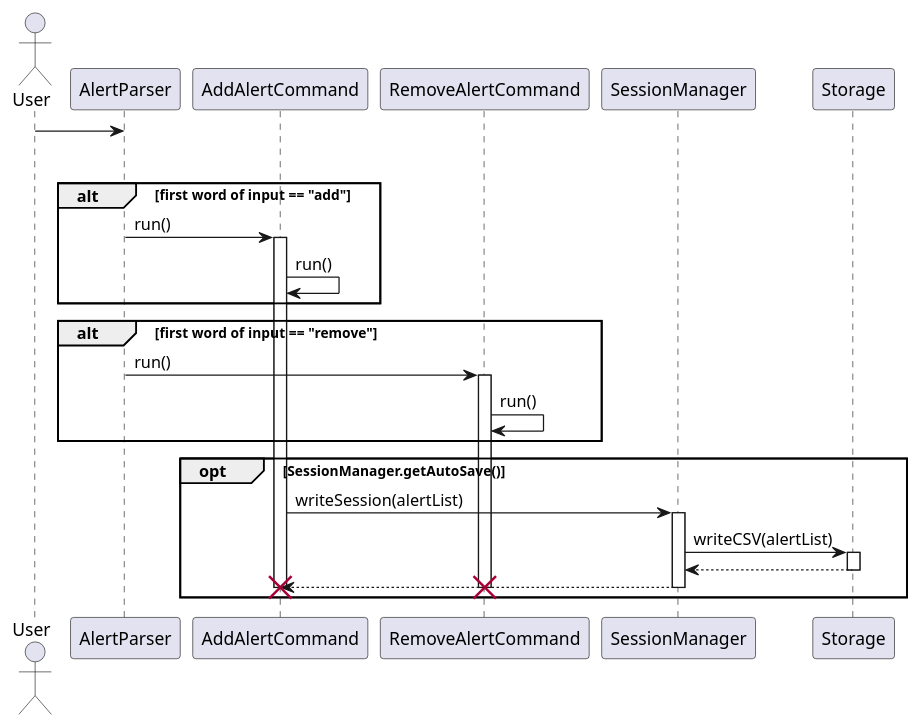
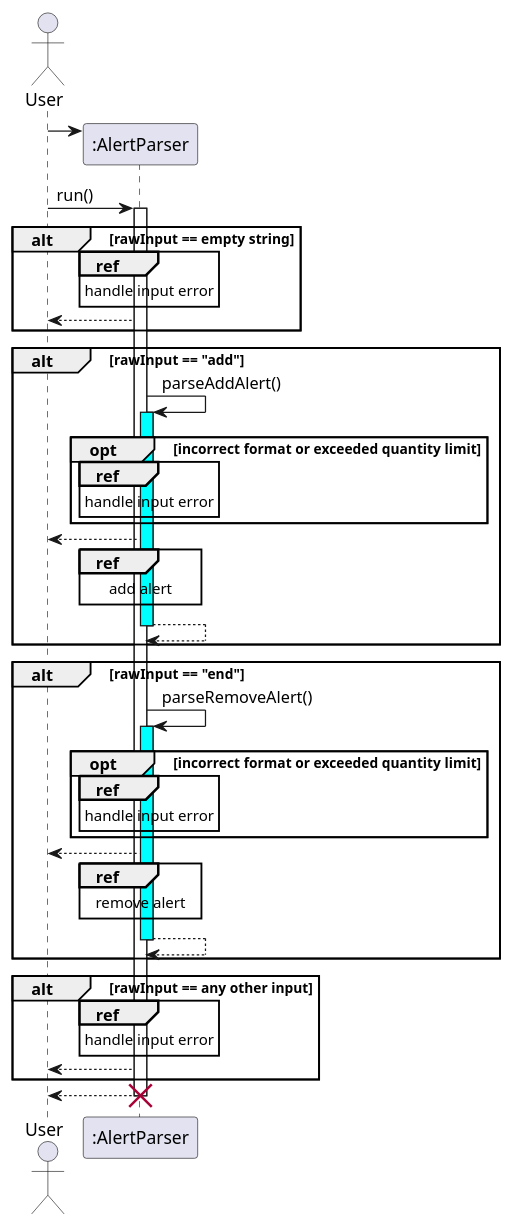
Before and after one commit to nus-cs2113-AY2223S2/tp: the diagram in docs/UML/Alert/AlertParser.puml, drawn with PlantUML. The commit also changed 3 other files, not shown here.

Commit message:
Update AlertParser diagram

```diff
--- a/docs/UML/Alert/AlertParser.puml
+++ b/docs/UML/Alert/AlertParser.puml
@@ -1,36 +1,67 @@
 @startuml
 'https://plantuml.com/sequence-diagram
 
 actor User
-User -> AlertParser
+participant ":AlertParser"
+User -> ":AlertParser" **
 
-group sd [AddAlertCommand running]
-alt first word of input == "add"
-    AlertParser -> AddAlertCommand: run()
-    activate AddAlertCommand
-    participant AddAlertCommand
-    AddAlertCommand -> AddAlertCommand: run()
+User -> ":AlertParser": run()
+activate ":AlertParser"
+
+alt rawInput == empty string
+    ref over ":AlertParser"
+        handle input error
     end
- alt first word of input == "remove"
-    AlertParser -> RemoveAlertCommand: run()
-    activate RemoveAlertCommand
-    RemoveAlertCommand -> RemoveAlertCommand: run()
-    end
-    participant SessionManager
-    participant Storage
-    opt SessionManager.getAutoSave()
-    AddAlertCommand ->SessionManager:writeSession(alertList)
-    activate SessionManager
-    SessionManager->Storage:writeCSV(alertList)
-    activate Storage
-    Storage --> SessionManager:
-    deactivate Storage
-    SessionManager -->AddAlertCommand:
-    deactivate SessionManager
-    destroy AddAlertCommand
-    destroy RemoveAlertCommand
+    ":AlertParser" --> User
+
 end
 
 
 
+alt rawInput == "add"
+
+    ":AlertParser" -> ":AlertParser": parseAddAlert()
+    activate ":AlertParser" #cyan
+        opt incorrect format or exceeded quantity limit
+            ref over ":AlertParser"
+                handle input error
+            end ref
+        end
+
+    ":AlertParser" --> User
+        ref over ":AlertParser"
+            add alert
+        end ref
+    return
+ end
+
+
+alt rawInput == "end"
+
+    ":AlertParser" -> ":AlertParser": parseRemoveAlert()
+     activate ":AlertParser" #cyan
+        opt incorrect format or exceeded quantity limit
+            ref over ":AlertParser"
+                handle input error
+            end ref
+        end
+
+    ":AlertParser" --> User
+        ref over ":AlertParser"
+            remove alert
+        end ref
+    return
+end
+
+alt rawInput == any other input
+   ref over ":AlertParser"
+    handle input error
+    end ref
+    ":AlertParser" --> User
+end
+return
+destroy ":AlertParser"
+
+
+
 @enduml
```
